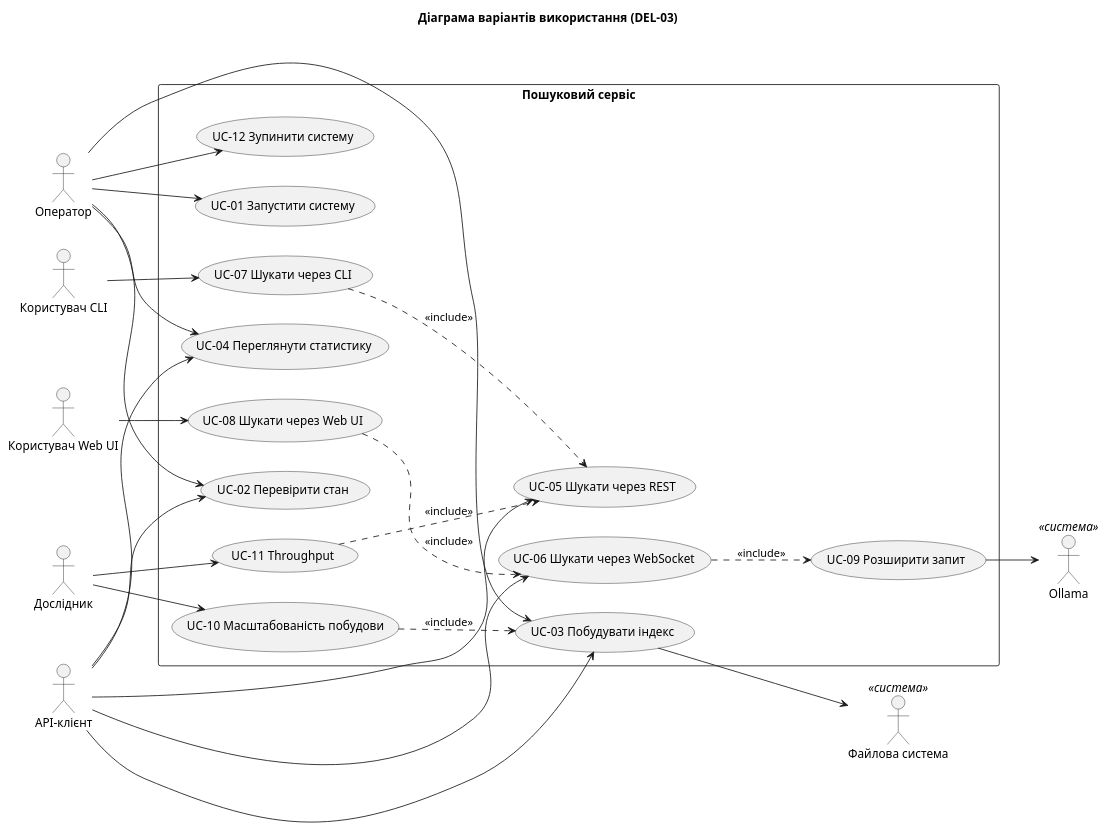
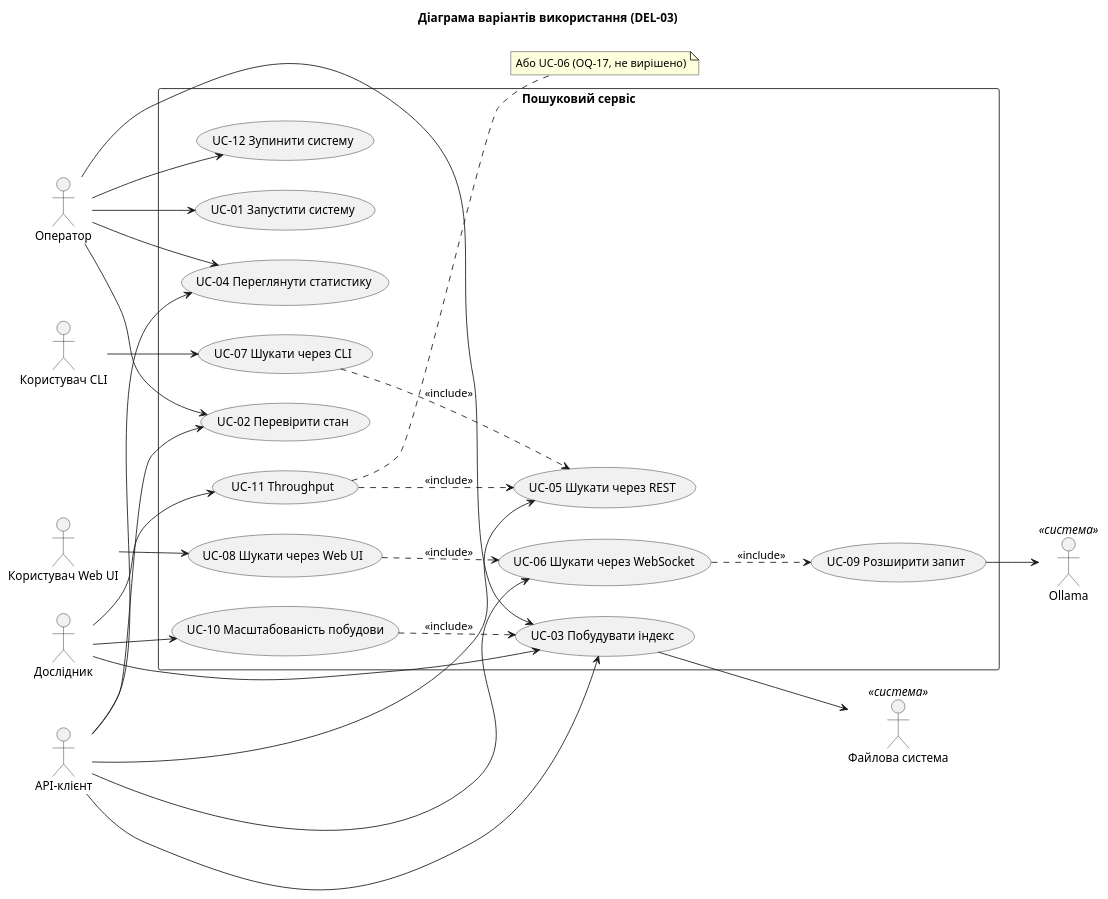
Before and after one commit to whatislavx/course_work_parallel_computing: the diagram in docs/architecture/uml/use-case.puml, drawn with PlantUML. The commit also changed 8 other files, not shown here.

First line of the commit message:
fix(docs): correct README, UML and quality checks after review

```diff
--- a/docs/architecture/uml/use-case.puml
+++ b/docs/architecture/uml/use-case.puml
@@ -1,46 +1,48 @@
 @startuml use-case
 left to right direction
 title Діаграма варіантів використання (DEL-03)
 actor "Оператор" as OPS
 actor "API-клієнт" as API
 actor "Користувач CLI" as CLI
 actor "Користувач Web UI" as USR
 actor "Дослідник" as BEN
 actor "Ollama" as OLL <<система>>
 actor "Файлова система" as FS <<система>>
 rectangle "Пошуковий сервіс" {
   usecase "UC-01 Запустити систему" as UC01
   usecase "UC-02 Перевірити стан" as UC02
   usecase "UC-03 Побудувати індекс" as UC03
   usecase "UC-04 Переглянути статистику" as UC04
   usecase "UC-05 Шукати через REST" as UC05
   usecase "UC-06 Шукати через WebSocket" as UC06
   usecase "UC-07 Шукати через CLI" as UC07
   usecase "UC-08 Шукати через Web UI" as UC08
   usecase "UC-09 Розширити запит" as UC09
   usecase "UC-10 Масштабованість побудови" as UC10
   usecase "UC-11 Throughput" as UC11
   usecase "UC-12 Зупинити систему" as UC12
 }
 OPS --> UC01
 OPS --> UC02
 OPS --> UC03
 OPS --> UC04
 OPS --> UC12
 API --> UC02
 API --> UC03
 API --> UC04
 API --> UC05
 API --> UC06
 CLI --> UC07
 USR --> UC08
+BEN --> UC03
 BEN --> UC10
 BEN --> UC11
 UC06 ..> UC09 : <<include>>
 UC07 ..> UC05 : <<include>>
 UC08 ..> UC06 : <<include>>
 UC10 ..> UC03 : <<include>>
 UC11 ..> UC05 : <<include>>
+note right of UC11 : Або UC-06 (OQ-17, не вирішено)
 UC09 --> OLL
 UC03 --> FS
 @enduml
```
